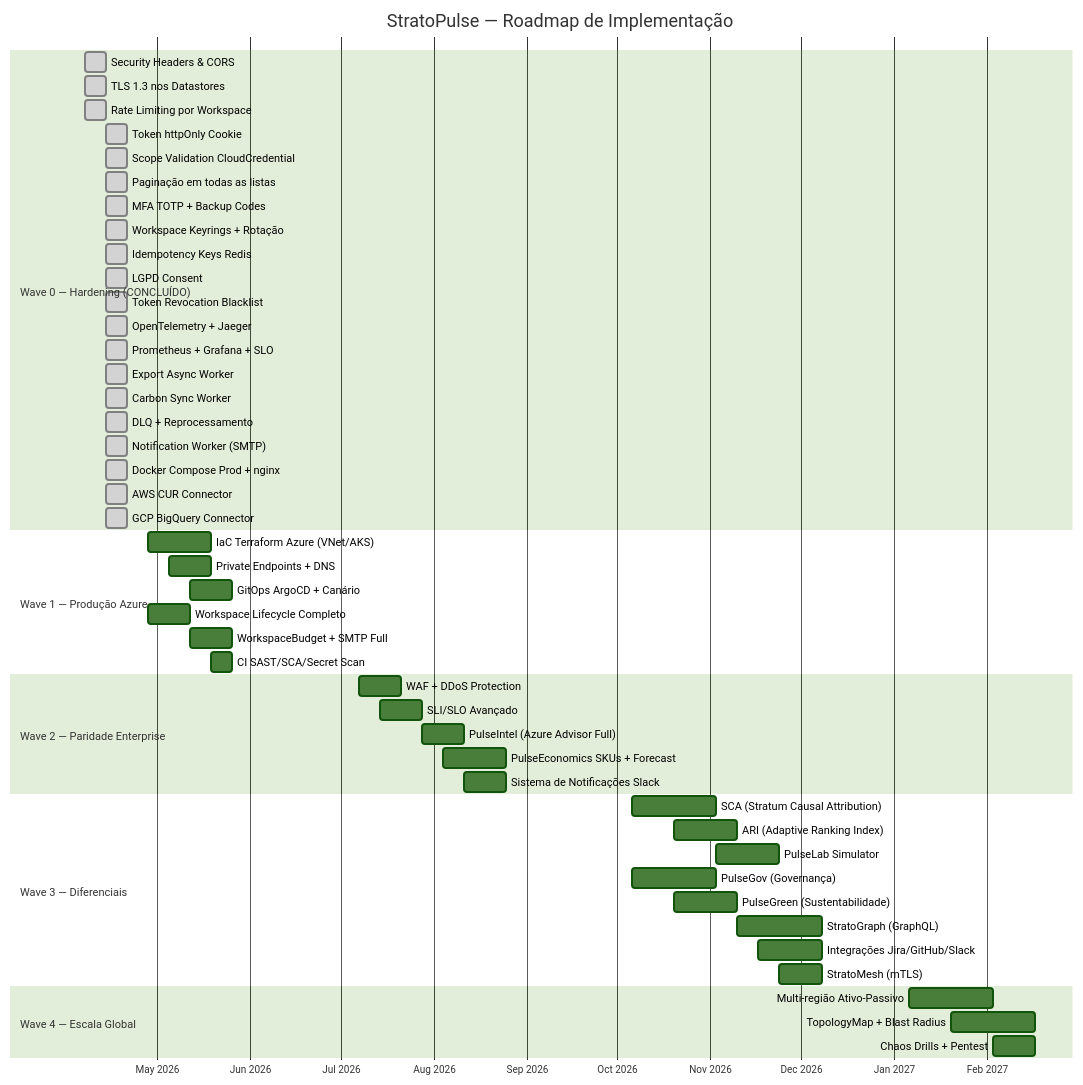
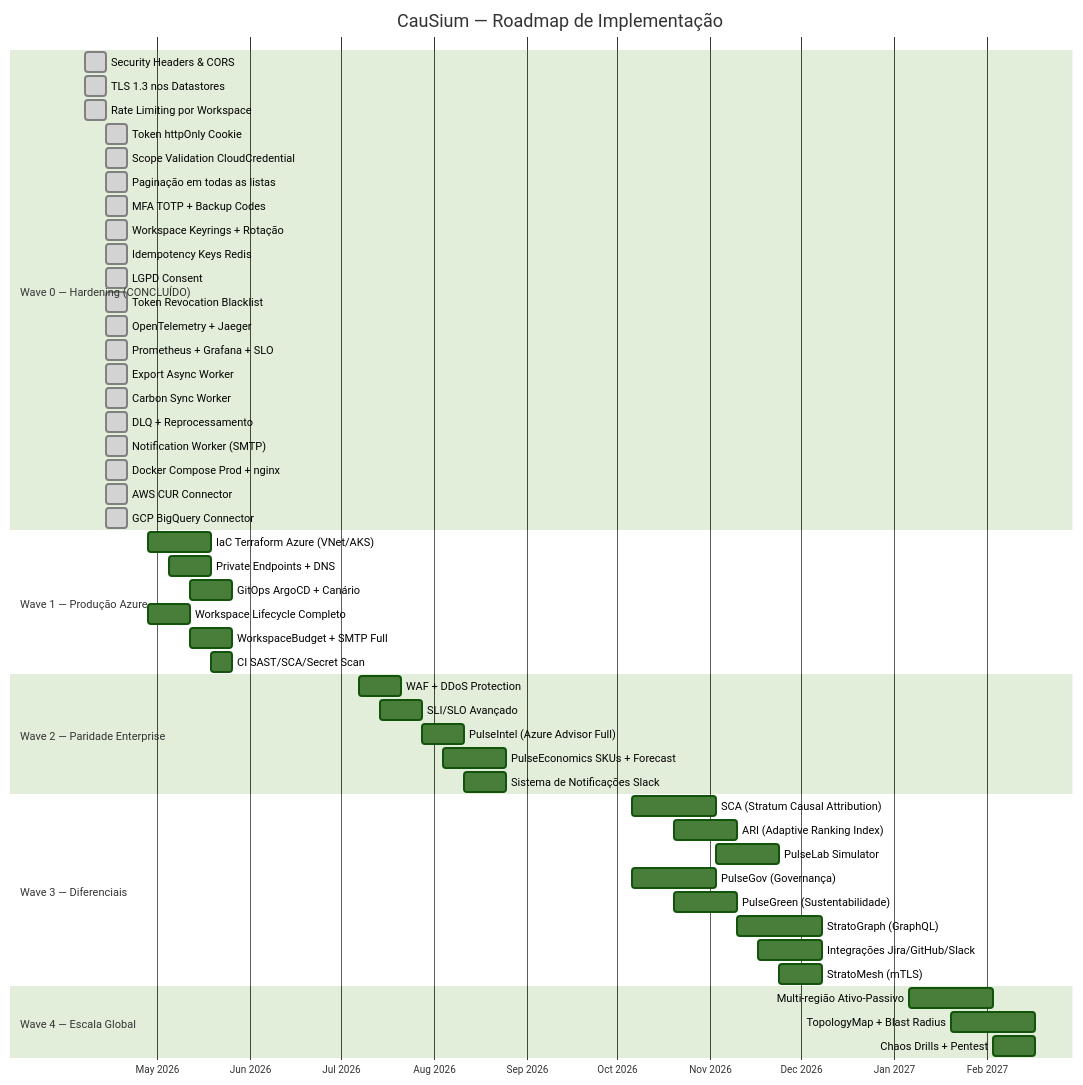
Before and after one commit to FilipiWanderley/CauSium: diagram 18 of 18 in README.md, drawn with Mermaid (forest theme). The commit also changed other lines of this file, not shown here.

Commit message:
docs: substitui todas as ocorrências de StratoPulse por CauSium no README

````diff
--- a/README.md
+++ b/README.md
@@ -1065,58 +1065,58 @@
 ```mermaid
 gantt
-  title StratoPulse — Roadmap de Implementação
+  title CauSium — Roadmap de Implementação
   dateFormat  YYYY-MM-DD
   axisFormat  %b %Y
 
   section Wave 0 — Hardening (CONCLUÍDO)
   Security Headers & CORS        :done, w0a, 2026-04-07, 1w
   TLS 1.3 nos Datastores         :done, w0b, 2026-04-07, 1w
   Rate Limiting por Workspace    :done, w0c, 2026-04-07, 1w
   Token httpOnly Cookie          :done, w0d, 2026-04-14, 1w
   Scope Validation CloudCredential :done, w0e, 2026-04-14, 1w
   Paginação em todas as listas   :done, w0f, 2026-04-14, 1w
   MFA TOTP + Backup Codes        :done, w0g, 2026-04-14, 1w
   Workspace Keyrings + Rotação   :done, w0h, 2026-04-14, 1w
   Idempotency Keys Redis         :done, w0i, 2026-04-14, 1w
   LGPD Consent                   :done, w0j, 2026-04-14, 1w
   Token Revocation Blacklist     :done, w0k, 2026-04-14, 1w
   OpenTelemetry + Jaeger         :done, w0l, 2026-04-14, 1w
   Prometheus + Grafana + SLO     :done, w0m, 2026-04-14, 1w
   Export Async Worker            :done, w0n, 2026-04-14, 1w
   Carbon Sync Worker             :done, w0o, 2026-04-14, 1w
   DLQ + Reprocessamento          :done, w0p, 2026-04-14, 1w
   Notification Worker (SMTP)     :done, w0q, 2026-04-14, 1w
   Docker Compose Prod + nginx    :done, w0r, 2026-04-14, 1w
   AWS CUR Connector              :done, w0s, 2026-04-14, 1w
   GCP BigQuery Connector         :done, w0t, 2026-04-14, 1w
 
   section Wave 1 — Produção Azure
   IaC Terraform Azure (VNet/AKS) :w1a, 2026-04-28, 3w
   Private Endpoints + DNS        :w1b, 2026-05-05, 2w
   GitOps ArgoCD + Canário        :w1c, 2026-05-12, 2w
   Workspace Lifecycle Completo   :w1d, 2026-04-28, 2w
   WorkspaceBudget + SMTP Full    :w1e, 2026-05-12, 2w
   CI SAST/SCA/Secret Scan        :w1f, 2026-05-19, 1w
 
   section Wave 2 — Paridade Enterprise
   WAF + DDoS Protection          :w2a, 2026-07-07, 2w
   SLI/SLO Avançado               :w2b, 2026-07-14, 2w
   PulseIntel (Azure Advisor Full) :w2c, 2026-07-28, 2w
   PulseEconomics SKUs + Forecast :w2d, 2026-08-04, 3w
   Sistema de Notificações Slack  :w2e, 2026-08-11, 2w
 
   section Wave 3 — Diferenciais
   SCA (Stratum Causal Attribution) :w3a, 2026-10-06, 4w
   ARI (Adaptive Ranking Index)   :w3b, 2026-10-20, 3w
   PulseLab Simulator             :w3c, 2026-11-03, 3w
   PulseGov (Governança)          :w3d, 2026-10-06, 4w
   PulseGreen (Sustentabilidade)  :w3e, 2026-10-20, 3w
   StratoGraph (GraphQL)          :w3f, 2026-11-10, 4w
   Integrações Jira/GitHub/Slack  :w3g, 2026-11-17, 3w
   StratoMesh (mTLS)              :w3h, 2026-11-24, 2w
 
   section Wave 4 — Escala Global
   Multi-região Ativo-Passivo     :w4a, 2027-01-06, 4w
   TopologyMap + Blast Radius     :w4b, 2027-01-20, 4w
   Chaos Drills + Pentest         :w4c, 2027-02-03, 2w
 ```
````
